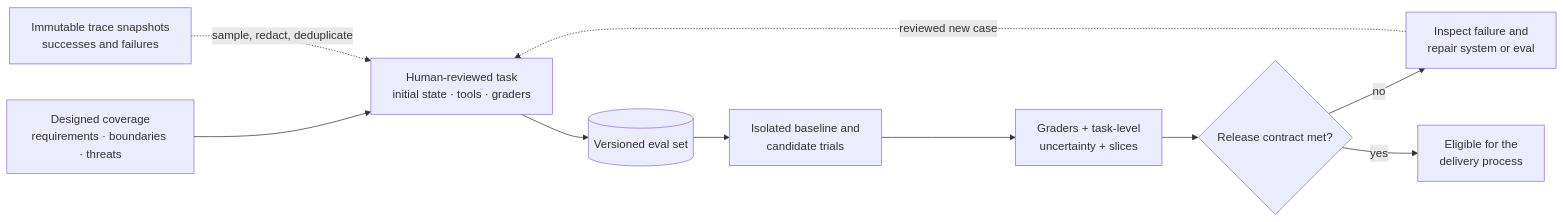
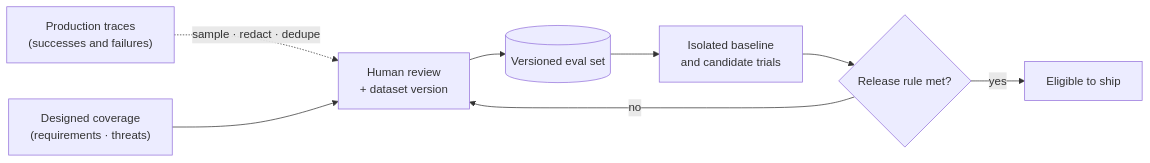
The first of 2 diagrams in chapters/22-evaluation.qmd (omkarsarde/agentic-engineering), drawn with Mermaid before and after one commit. The commit also changed other lines of this file and 16 other files, not shown here.

````diff
--- a/chapters/22-evaluation.qmd
+++ b/chapters/22-evaluation.qmd
@@ -80,14 +21,13 @@
 ```{mermaid}
+%%| echo: false
 %%| label: fig-ch22-eval-flywheel
-%%| fig-cap: "How does observed behavior become reusable release evidence without letting raw traffic silently redefine the test?"
+%%| fig-cap: "How does observed behavior become reusable release evidence without letting raw traffic silently redefine the test? Both a live trace and a designed case pass through the same review-and-version gate."
 flowchart LR
-    DESIGN["Designed coverage<br/>requirements · boundaries · threats"] --> REVIEW["Human-reviewed task<br/>initial state · tools · graders"]
-    TRACE["Immutable trace snapshots<br/>successes and failures"] -. "sample, redact, deduplicate" .-> REVIEW
-    REVIEW --> DATA[("Versioned eval set")]
-    DATA --> RUN["Isolated baseline and<br/>candidate trials"]
-    RUN --> SCORE["Graders + task-level<br/>uncertainty + slices"]
-    SCORE --> DECIDE{"Release contract met?"}
-    DECIDE -->|no| ANALYZE["Inspect failure and<br/>repair system or eval"]
-    DECIDE -->|yes| RELEASE["Eligible for the<br/>delivery process"]
-    ANALYZE -. "reviewed new case" .-> REVIEW
+    TRACE["Production traces<br/>(successes and failures)"] -. "sample · redact · dedupe" .-> REVIEW
+    DESIGN["Designed coverage<br/>(requirements · threats)"] --> REVIEW["Human review<br/>+ dataset version"]
+    REVIEW --> SET[("Versioned eval set")]
+    SET --> RUN["Isolated baseline<br/>and candidate trials"]
+    RUN --> GATE{"Release rule met?"}
+    GATE -->|no| REVIEW
+    GATE -->|yes| SHIP["Eligible to ship"]
 ```
````
